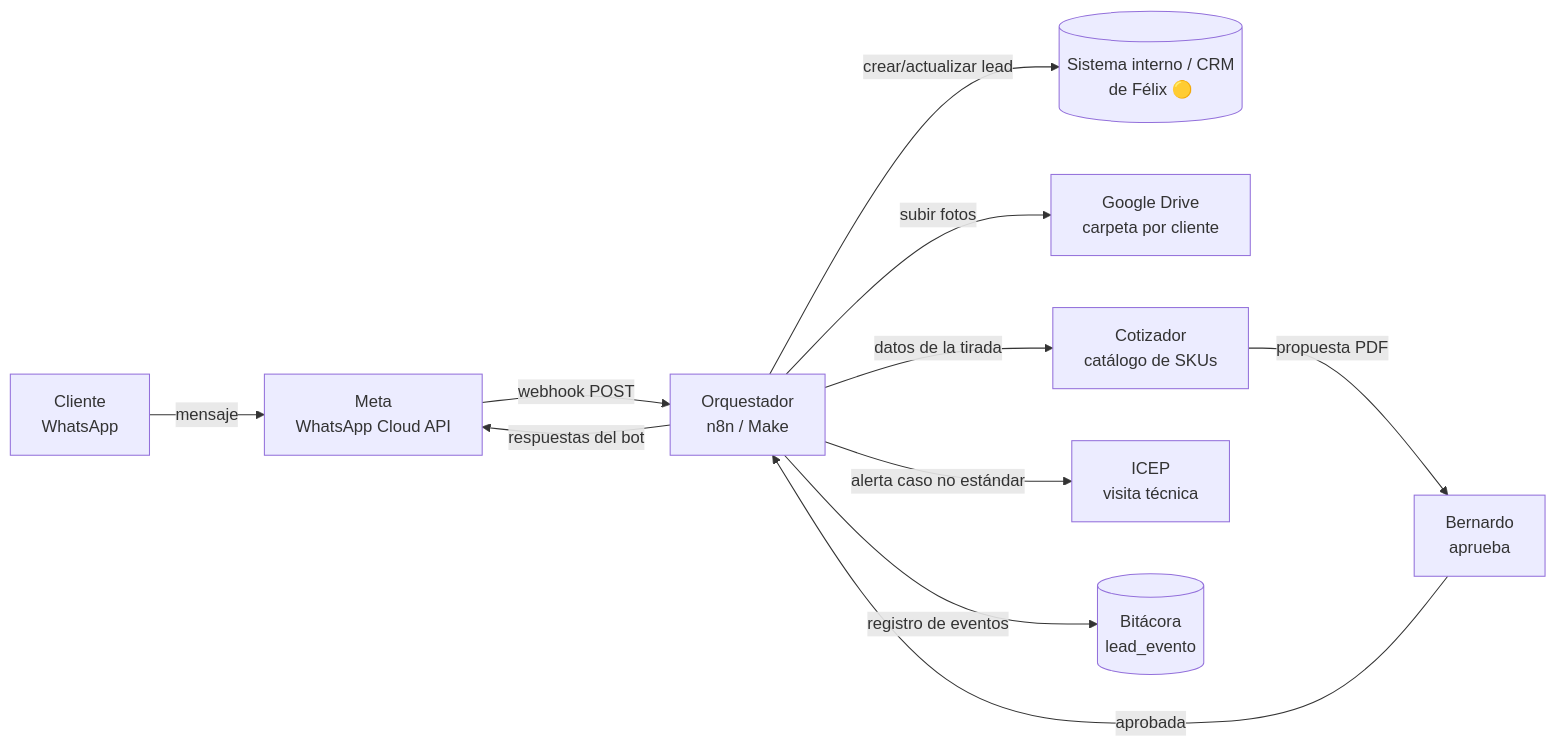
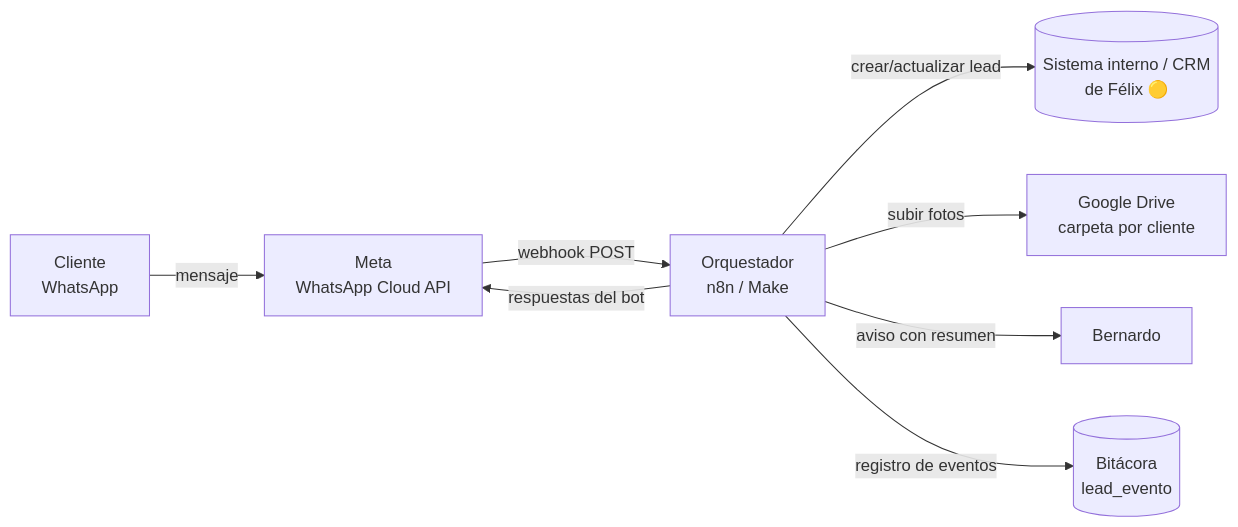
The diagram in docs/poc-whatsapp/01-arquitectura-integracion.md (2894Studio/Investigaci-n-DPROMA-), drawn with Mermaid before and after one commit. The commit also changed other lines of this file and 8 other files, not shown here.

````diff
--- a/docs/poc-whatsapp/01-arquitectura-integracion.md
+++ b/docs/poc-whatsapp/01-arquitectura-integracion.md
@@ -8,13 +9,10 @@
 ```mermaid
 flowchart LR
   C[Cliente<br/>WhatsApp] -- mensaje --> M[Meta<br/>WhatsApp Cloud API]
   M -- webhook POST --> O[Orquestador<br/>n8n / Make]
   O -- respuestas del bot --> M
   O -- crear/actualizar lead --> CRM[(Sistema interno / CRM<br/>de Félix 🟡)]
   O -- subir fotos --> D[Google Drive<br/>carpeta por cliente]
-  O -- datos de la tirada --> Q[Cotizador<br/>catálogo de SKUs]
-  Q -- propuesta PDF --> B[Bernardo<br/>aprueba]
-  B -- aprobada --> O
-  O -- alerta caso no estándar --> I[ICEP<br/>visita técnica]
+  O -- aviso con resumen --> B[Bernardo]
   O -- registro de eventos --> L[(Bitácora<br/>lead_evento)]
 ```
````
